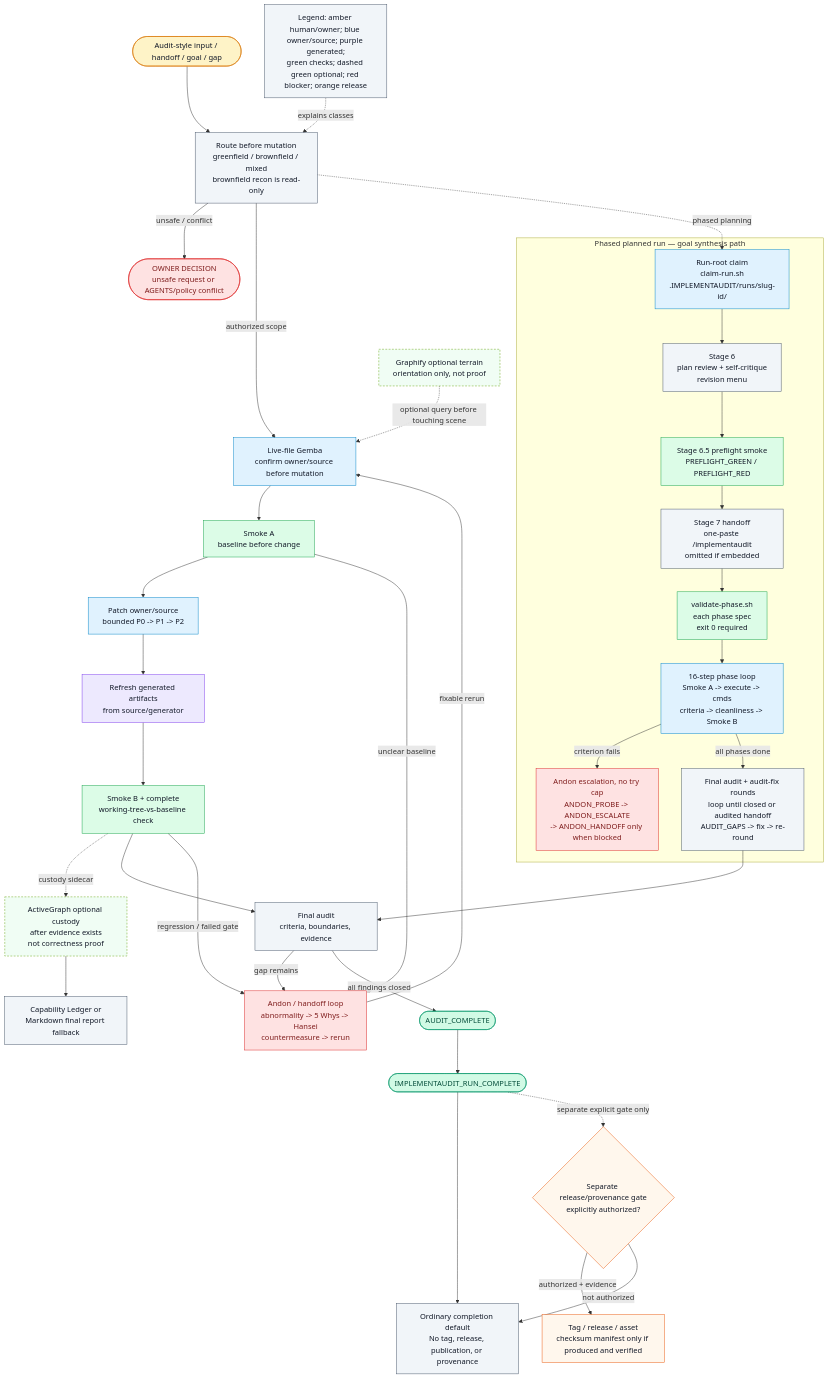
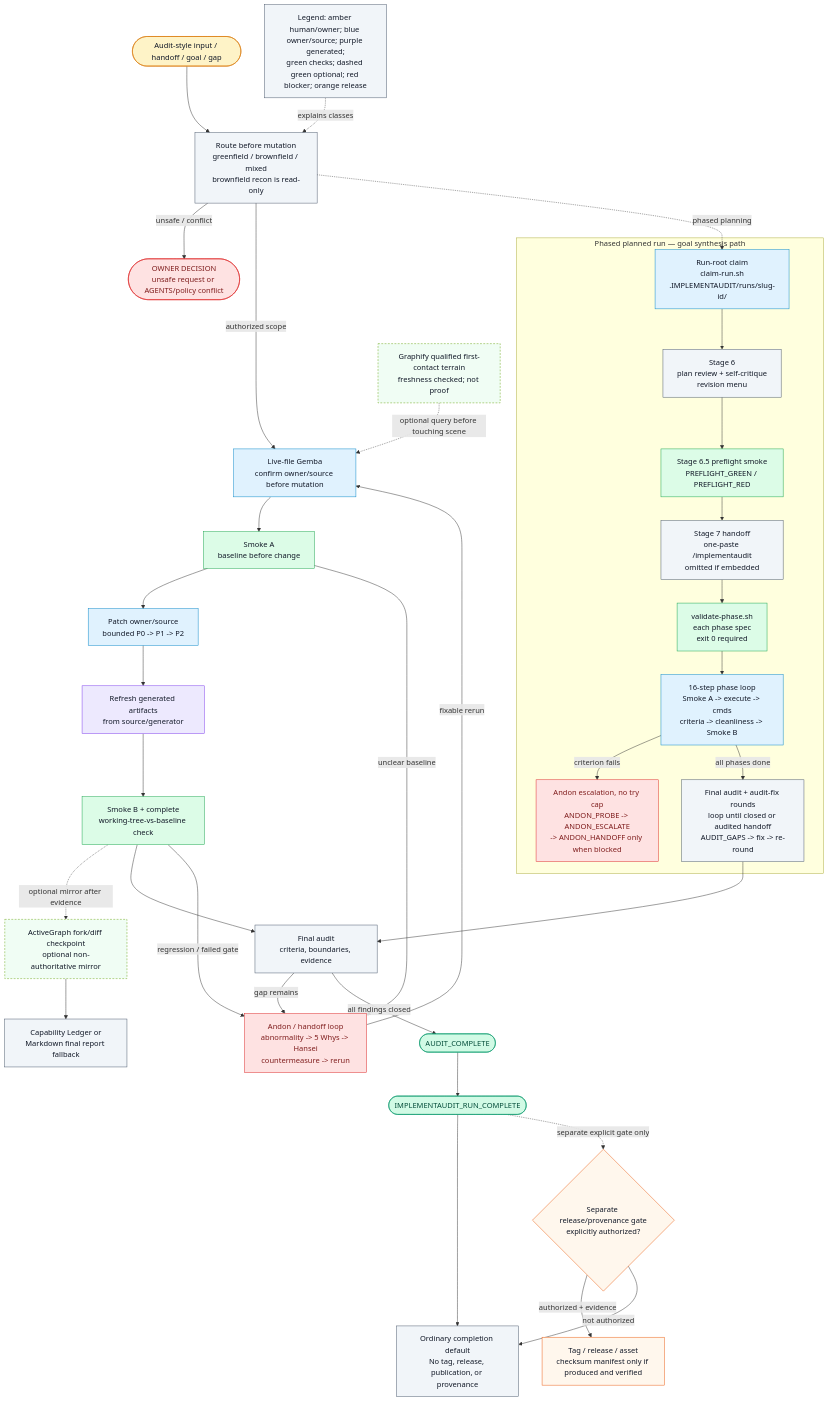
One commit to theislampill/IMPLEMENTAUDIT.md changed the third of 3 diagrams in README.md. Above: the diagram before and after it, drawn with Mermaid. The commit also changed other lines of this file and 51 other files, not shown here.

````diff
--- a/README.md
+++ b/README.md
@@ -489,68 +489,68 @@
 ```mermaid
 flowchart TD
   Input(["Audit-style input / handoff / goal / gap"]):::human
   Route["Route before mutation<br/>greenfield / brownfield / mixed<br/>brownfield recon is read-only"]:::audit
   OwnerDecision(["OWNER DECISION<br/>unsafe request or AGENTS/policy conflict"]):::blocker
 
-  Graphify["Graphify optional terrain<br/>orientation only, not proof"]:::optional
+  Graphify["Graphify qualified first-contact terrain<br/>freshness checked; not proof"]:::optional
   Gemba["Live-file Gemba<br/>confirm owner/source before mutation"]:::source
   SmokeA["Smoke A<br/>baseline before change"]:::checker
   Patch["Patch owner/source<br/>bounded P0 -> P1 -> P2"]:::source
   Generated["Refresh generated artifacts<br/>from source/generator"]:::generated
   SmokeB["Smoke B + complete<br/>working-tree-vs-baseline check"]:::checker
 
-  ActiveGraph["ActiveGraph optional custody<br/>after evidence exists<br/>not correctness proof"]:::optional
+  ActiveGraph["ActiveGraph fork/diff checkpoint<br/>optional non-authoritative mirror"]:::optional
   Ledger["Capability Ledger or<br/>Markdown final report fallback"]:::audit
 
   Andon["Andon / handoff loop<br/>abnormality -> 5 Whys -> Hansei<br/>countermeasure -> rerun"]:::blocker
   Final["Final audit<br/>criteria, boundaries, evidence"]:::audit
   AuditDone(["AUDIT_COMPLETE"]):::success
   RunDone(["IMPLEMENTAUDIT_RUN_COMPLETE"]):::success
   NoRelease["Ordinary completion default<br/>No tag, release, publication, or provenance"]:::audit
   ReleaseGate{"Separate release/provenance gate<br/>explicitly authorized?"}:::release
   Release["Tag / release / asset<br/>checksum manifest only if produced and verified"]:::release
   Legend["Legend: amber human/owner; blue owner/source; purple generated;<br/>green checks; dashed green optional; red blocker; orange release"]:::audit
 
   subgraph PhasedRun["Phased planned run — goal synthesis path"]
     RunRoot["Run-root claim<br/>claim-run.sh<br/>.IMPLEMENTAUDIT/runs/slug-id/"]:::source
     Stage6["Stage 6<br/>plan review + self-critique<br/>revision menu"]:::audit
     Stage65["Stage 6.5 preflight smoke<br/>PREFLIGHT_GREEN / PREFLIGHT_RED"]:::checker
     Stage7["Stage 7 handoff<br/>one-paste /implementaudit<br/>omitted if embedded"]:::audit
     PhaseSpec["validate-phase.sh<br/>each phase spec<br/>exit 0 required"]:::checker
     PhaseLoop["16-step phase loop<br/>Smoke A -> execute -> cmds<br/>criteria -> cleanliness -> Smoke B"]:::source
     Recovery["Andon escalation, no try cap<br/>ANDON_PROBE -> ANDON_ESCALATE<br/>-> ANDON_HANDOFF only when blocked"]:::blocker
     AuditFix["Final audit + audit-fix rounds<br/>loop until closed or audited handoff<br/>AUDIT_GAPS -> fix -> re-round"]:::audit
     RunRoot --> Stage6 --> Stage65 --> Stage7 --> PhaseSpec --> PhaseLoop
     PhaseLoop -->|criterion fails| Recovery
     PhaseLoop -->|all phases done| AuditFix
   end
 
   Input --> Route
   Route -->|unsafe / conflict| OwnerDecision
   Route -->|authorized scope| Gemba
   Route -. phased planning .-> RunRoot
   AuditFix --> Final
   Graphify -. optional query before touching scene .-> Gemba
   Gemba --> SmokeA --> Patch --> Generated --> SmokeB
-  SmokeB -. custody sidecar .-> ActiveGraph --> Ledger
+  SmokeB -. optional mirror after evidence .-> ActiveGraph --> Ledger
   SmokeB --> Final
   SmokeA -->|unclear baseline| Andon
   SmokeB -->|regression / failed gate| Andon
   Final -->|gap remains| Andon
   Andon -->|fixable rerun| Gemba
   Final -->|all findings closed| AuditDone --> RunDone --> NoRelease
   RunDone -. separate explicit gate only .-> ReleaseGate
   ReleaseGate -->|authorized + evidence| Release
   ReleaseGate -->|not authorized| NoRelease
   Legend -. explains classes .-> Route
 
   classDef human fill:#fef3c7,stroke:#d97706,color:#111827
   classDef source fill:#e0f2fe,stroke:#0284c7,color:#111827
   classDef generated fill:#ede9fe,stroke:#7c3aed,color:#111827
   classDef checker fill:#dcfce7,stroke:#16a34a,color:#111827
   classDef audit fill:#f1f5f9,stroke:#475569,color:#111827
   classDef optional fill:#f0fdf4,stroke:#65a30d,color:#111827,stroke-dasharray: 4 3
   classDef release fill:#fff7ed,stroke:#ea580c,color:#111827
   classDef success fill:#d1fae5,stroke:#059669,color:#064e3b
   classDef blocker fill:#fee2e2,stroke:#dc2626,color:#7f1d1d
 ```
````
